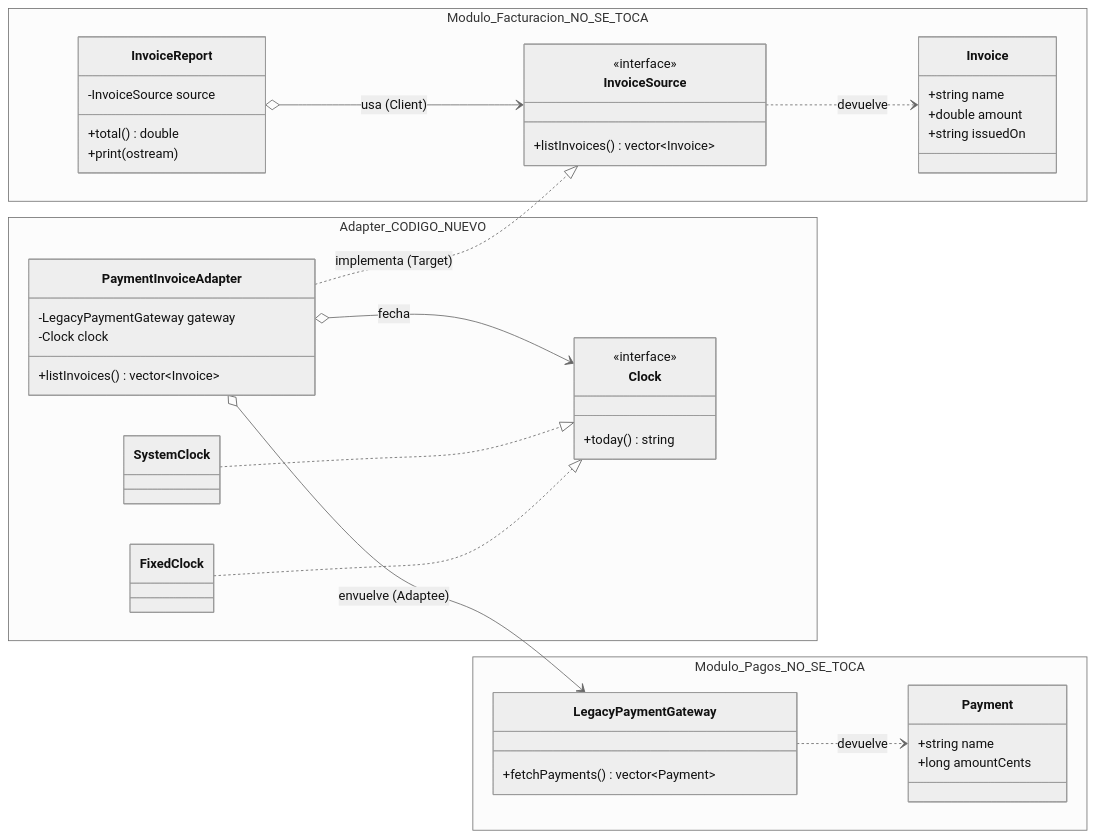
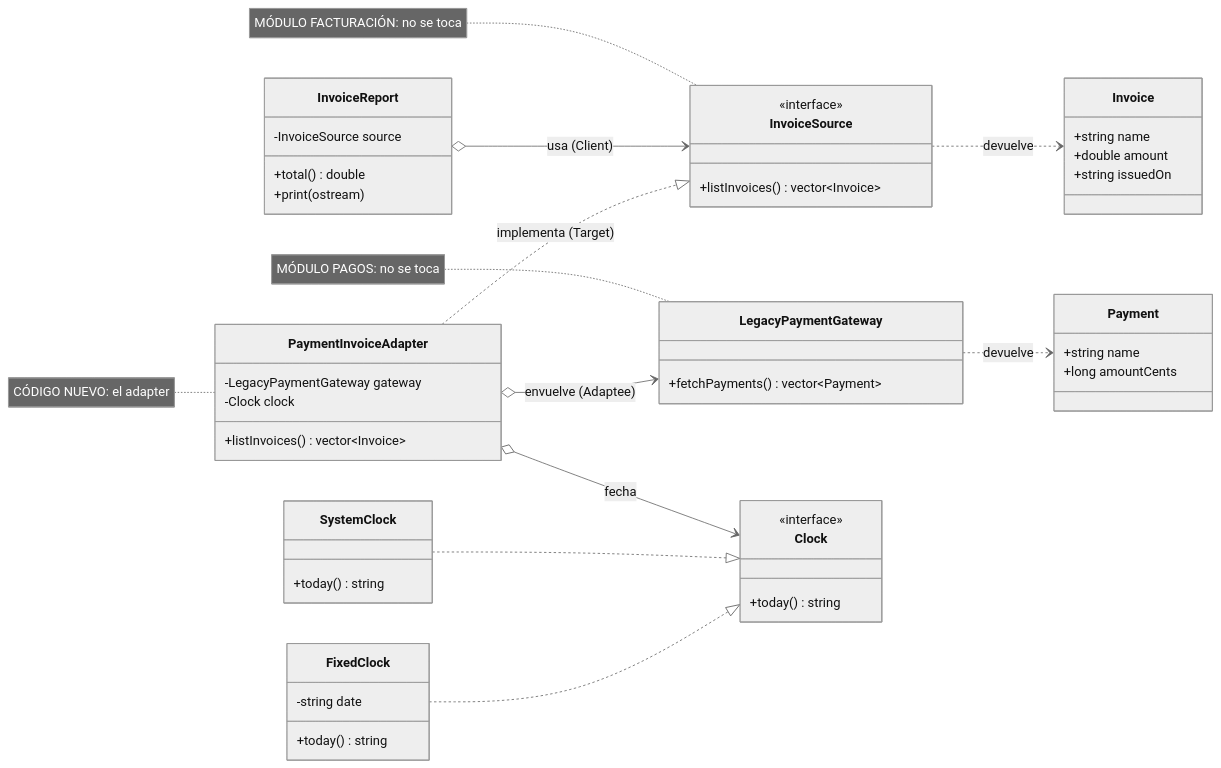
One commit to AltairRicano/adapter changed the diagram in docs/diagrama_clases.md. Above: the diagram before and after it, drawn with Mermaid (neutral theme). The commit also changed 1 other file, not shown here.

Commit message:
Mostrar atributos y métodos en el diagrama: quitar namespaces y completar el del README

````diff
--- a/docs/diagrama_clases.md
+++ b/docs/diagrama_clases.md
@@ -6,55 +6,57 @@
 ```mermaid
 classDiagram
     direction LR
 
-    namespace Modulo_Pagos_NO_SE_TOCA {
-        class Payment {
-            +string name
-            +long amountCents
-        }
-        class LegacyPaymentGateway {
-            +fetchPayments() vector~Payment~
-        }
+    class Payment {
+        +string name
+        +long amountCents
+    }
+    class LegacyPaymentGateway {
+        +fetchPayments() vector~Payment~
     }
 
-    namespace Modulo_Facturacion_NO_SE_TOCA {
-        class Invoice {
-            +string name
-            +double amount
-            +string issuedOn
-        }
-        class InvoiceSource {
-            <<interface>>
-            +listInvoices() vector~Invoice~
-        }
-        class InvoiceReport {
-            -InvoiceSource source
-            +total() double
-            +print(ostream)
-        }
+    class Invoice {
+        +string name
+        +double amount
+        +string issuedOn
+    }
+    class InvoiceSource {
+        <<interface>>
+        +listInvoices() vector~Invoice~
+    }
+    class InvoiceReport {
+        -InvoiceSource source
+        +total() double
+        +print(ostream)
     }
 
-    namespace Adapter_CODIGO_NUEVO {
-        class Clock {
-            <<interface>>
-            +today() string
-        }
-        class SystemClock
-        class FixedClock
-        class PaymentInvoiceAdapter {
-            -LegacyPaymentGateway gateway
-            -Clock clock
-            +listInvoices() vector~Invoice~
-        }
+    class Clock {
+        <<interface>>
+        +today() string
     }
+    class SystemClock {
+        +today() string
+    }
+    class FixedClock {
+        -string date
+        +today() string
+    }
+    class PaymentInvoiceAdapter {
+        -LegacyPaymentGateway gateway
+        -Clock clock
+        +listInvoices() vector~Invoice~
+    }
+
+    note for LegacyPaymentGateway "MÓDULO PAGOS: no se toca"
+    note for InvoiceSource "MÓDULO FACTURACIÓN: no se toca"
+    note for PaymentInvoiceAdapter "CÓDIGO NUEVO: el adapter"
 
     LegacyPaymentGateway ..> Payment : devuelve
     InvoiceSource ..> Invoice : devuelve
     InvoiceReport o--> InvoiceSource : usa (Client)
-
     PaymentInvoiceAdapter ..|> InvoiceSource : implementa (Target)
     PaymentInvoiceAdapter o--> LegacyPaymentGateway : envuelve (Adaptee)
     PaymentInvoiceAdapter o--> Clock : fecha
     SystemClock ..|> Clock
     FixedClock ..|> Clock
 ```
````
